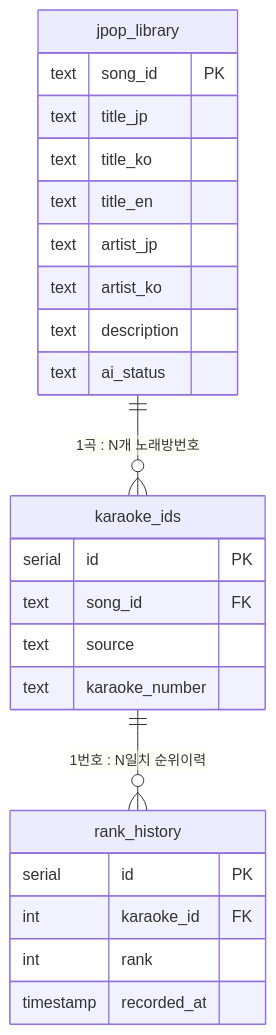
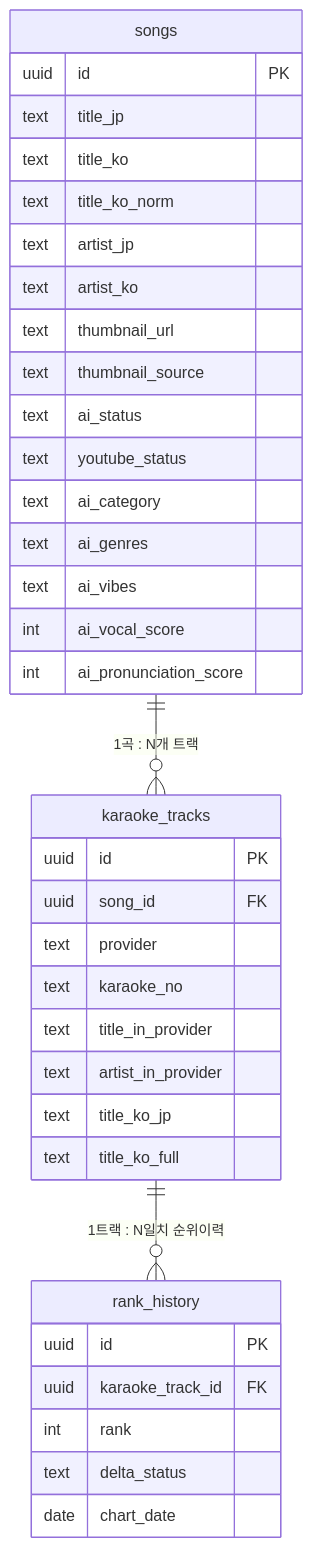
One commit to Leeseoleem/garachato-karaoke-chart changed the second of 2 diagrams in README.md. Above: the diagram before and after it, drawn with Mermaid. The commit also changed other lines of this file, not shown here.

````diff
--- a/README.md
+++ b/README.md
@@ -207,30 +263,42 @@
 ```mermaid
 erDiagram
-    jpop_library {
-        text song_id PK
+    songs {
+        uuid id PK
         text title_jp
         text title_ko
-        text title_en
+        text title_ko_norm
         text artist_jp
         text artist_ko
-        text description
+        text thumbnail_url
+        text thumbnail_source
         text ai_status
+        text youtube_status
+        text ai_category
+        text ai_genres
+        text ai_vibes
+        int  ai_vocal_score
+        int  ai_pronunciation_score
     }
 
-    karaoke_ids {
-        serial id PK
-        text song_id FK
-        text source
-        text karaoke_number
+    karaoke_tracks {
+        uuid id PK
+        uuid song_id FK
+        text provider
+        text karaoke_no
+        text title_in_provider
+        text artist_in_provider
+        text title_ko_jp
+        text title_ko_full
     }
 
     rank_history {
-        serial id PK
-        int karaoke_id FK
-        int rank
-        timestamp recorded_at
+        uuid id PK
+        uuid karaoke_track_id FK
+        int  rank
+        text delta_status
+        date chart_date
     }
 
-    jpop_library ||--o{ karaoke_ids : "1곡 : N개 노래방번호"
-    karaoke_ids ||--o{ rank_history : "1번호 : N일치 순위이력"
+    songs ||--o{ karaoke_tracks : "1곡 : N개 트랙"
+    karaoke_tracks ||--o{ rank_history : "1트랙 : N일치 순위이력"
 ```
````
